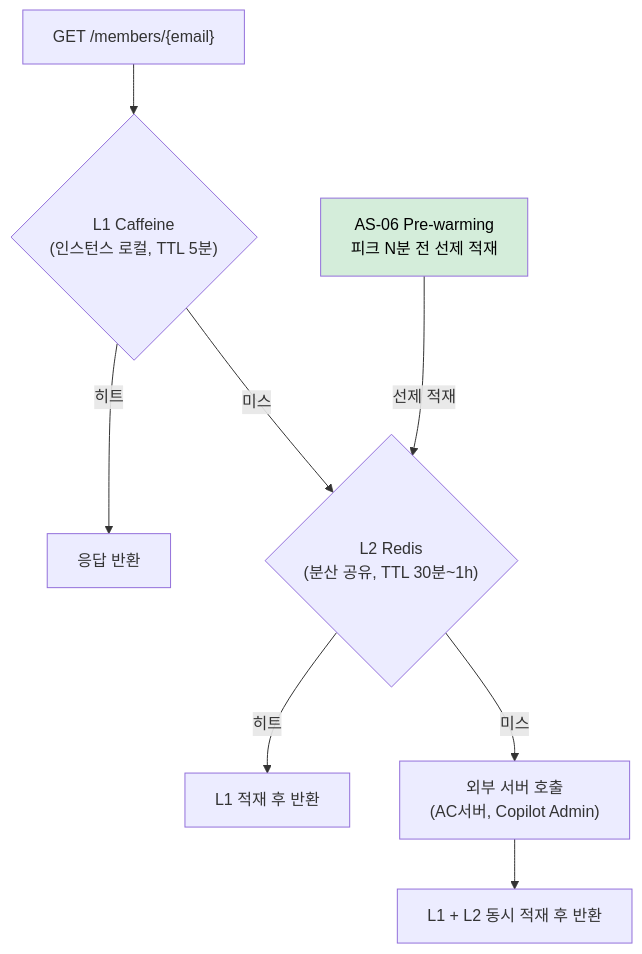
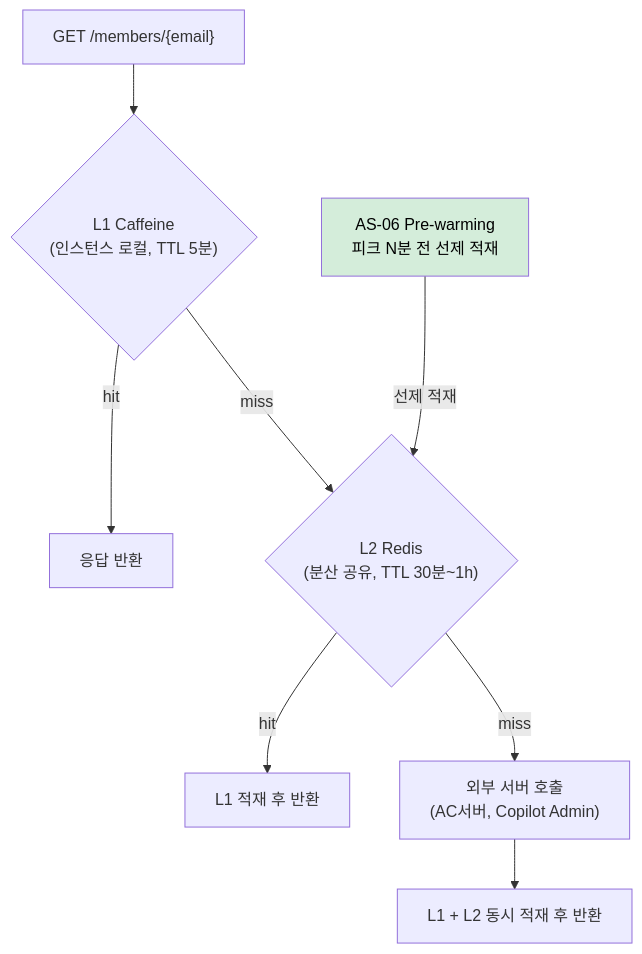
One commit to sujinnkim/A_Personal changed the fourth of 4 diagrams in docs/04-architecture-analysis/3.2-problem-analysis-and-strategy/AS-03-외부권한조회다층캐시적용.md. Above: the diagram before and after it, drawn with Mermaid. The commit also changed other lines of this file and 10 other files, not shown here.

First line of the commit message:
docs: 캐시 관련 한국어 표기 '히트'/'미스' → 영어 'hit'/'miss' 통일

````diff
--- a/docs/04-architecture-analysis/3.2-problem-analysis-and-strategy/AS-03-외부권한조회다층캐시적용.md
+++ b/docs/04-architecture-analysis/3.2-problem-analysis-and-strategy/AS-03-외부권한조회다층캐시적용.md
@@ -95,16 +95,16 @@
 ```mermaid
 flowchart TD
     REQ["GET /members/{email}"]
 
     REQ --> L1{"L1 Caffeine\n(인스턴스 로컬, TTL 5분)"}
-    L1 -->|히트| RET["응답 반환"]
-    L1 -->|미스| L2{"L2 Redis\n(분산 공유, TTL 30분~1h)"}
-    L2 -->|히트| L1W["L1 적재 후 반환"]
-    L2 -->|미스| EXT["외부 서버 호출\n(AC서버, Copilot Admin)"]
+    L1 -->|hit| RET["응답 반환"]
+    L1 -->|miss| L2{"L2 Redis\n(분산 공유, TTL 30분~1h)"}
+    L2 -->|hit| L1W["L1 적재 후 반환"]
+    L2 -->|miss| EXT["외부 서버 호출\n(AC서버, Copilot Admin)"]
     EXT --> BOTH["L1 + L2 동시 적재 후 반환"]
 
     PREWARM["AS-06 Pre-warming\n피크 N분 전 선제 적재"]
     PREWARM -->|선제 적재| L2
 
     style PREWARM fill:#d4edda,color:#000
 ```
````
